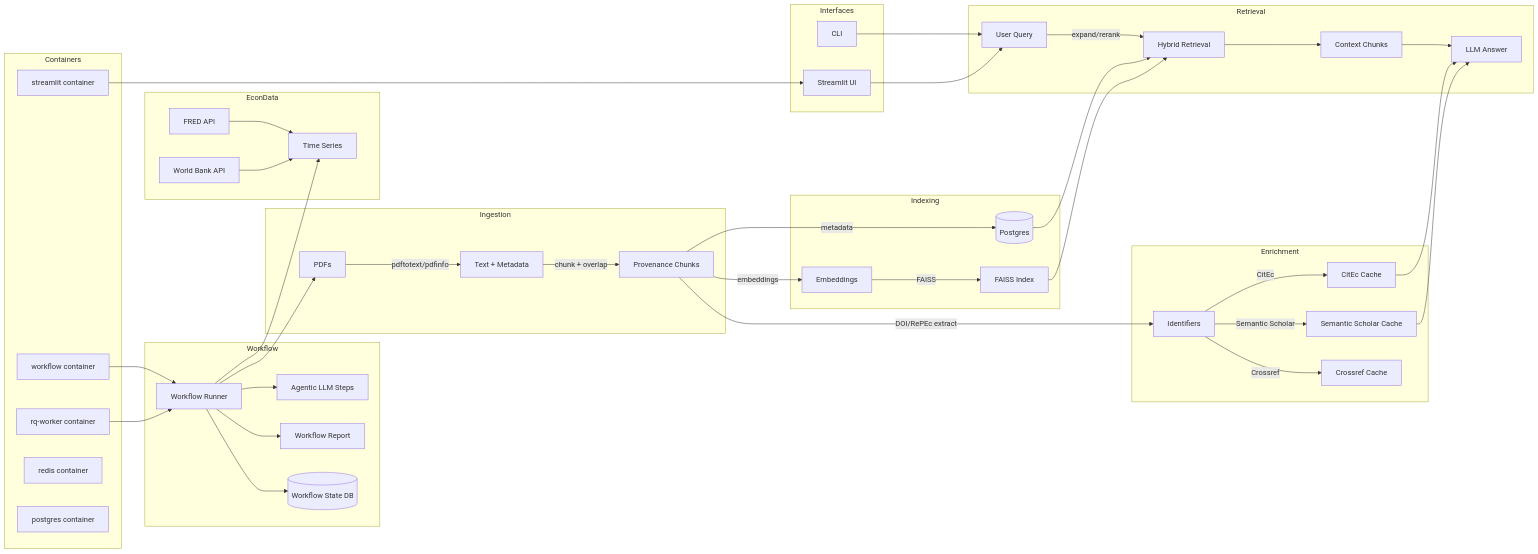
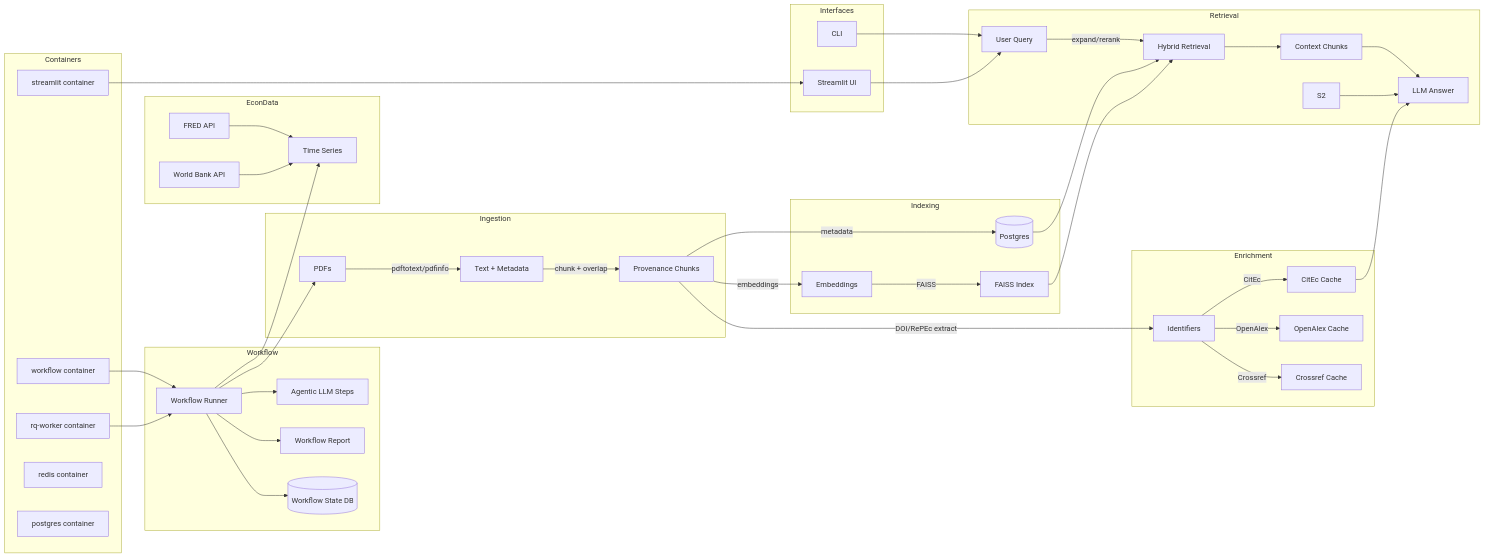
The diagram in docs/architecture/architecture.md (badbayesian/ragonometrics), drawn with Mermaid before and after one commit. The commit also changed other lines of this file and 19 other files, not shown here.

Commit message:
ENH: Add workflow prep step and OpenAlex integration

````diff
--- a/docs/architecture/architecture.md
+++ b/docs/architecture/architecture.md
@@ -11,57 +11,57 @@
 ```mermaid
 flowchart LR
   subgraph Ingestion
     PDFs[PDFs] -->|pdftotext/pdfinfo| Extract[Text + Metadata]
     Extract -->|chunk + overlap| Chunks[Provenance Chunks]
   end
 
   subgraph Enrichment
     Chunks -->|DOI/RePEc extract| Ids[Identifiers]
     Ids -->|Crossref| Crossref[Crossref Cache]
-    Ids -->|Semantic Scholar| S2[Semantic Scholar Cache]
+    Ids -->|OpenAlex| OA[OpenAlex Cache]
     Ids -->|CitEc| CitEc[CitEc Cache]
   end
 
   subgraph Indexing
     Chunks -->|embeddings| Embeds[Embeddings]
     Embeds -->|FAISS| Faiss[FAISS Index]
     Chunks -->|metadata| PG[(Postgres)]
   end
 
   subgraph Retrieval
     Query[User Query] -->|expand/rerank| Retrieve[Hybrid Retrieval]
     Retrieve --> Context[Context Chunks]
     Context --> LLM[LLM Answer]
     S2 --> LLM
     CitEc --> LLM
   end
 
   subgraph EconData
     FRED[FRED API] --> EconSeries[Time Series]
     WB[World Bank API] --> EconSeries
   end
 
   subgraph Workflow
     Runner[Workflow Runner] --> StateDB[(Workflow State DB)]
     Runner --> Report[Workflow Report]
     Runner --> Agentic[Agentic LLM Steps]
   end
 
   subgraph Interfaces
     CLI[CLI] --> Query
     UI[Streamlit UI] --> Query
   end
 
   subgraph Containers
     CUI[streamlit container] --> UI
     CWF[workflow container] --> Runner
     CRQ[rq-worker container] --> Runner
     CRedis[redis container]
     CPG[postgres container]
   end
 
   PG --> Retrieve
   Faiss --> Retrieve
   Runner --> PDFs
   Runner --> EconSeries
 ```
````
